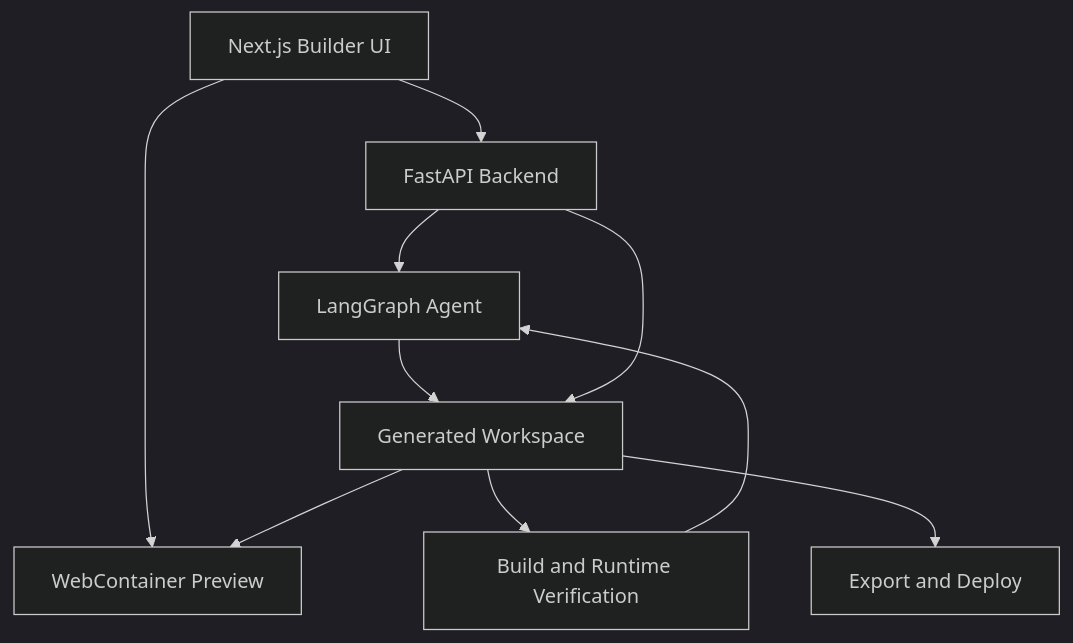
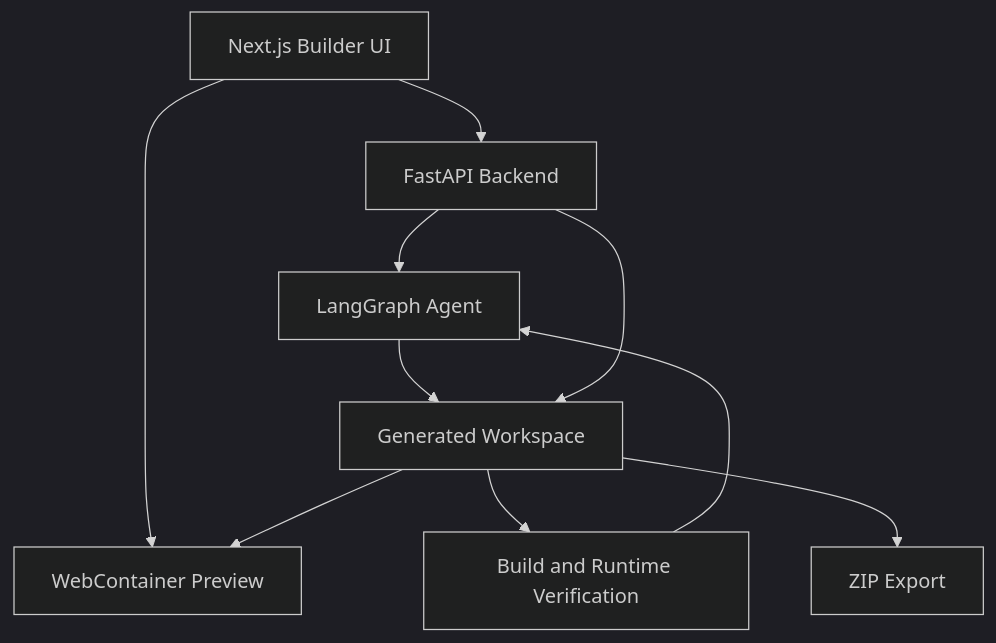
One commit to peter890176/website-builder-agent changed the first of 5 diagrams in docs/architecture.md. Above: the diagram before and after it, drawn with Mermaid (dark theme). The commit also changed other lines of this file and 9 other files, not shown here.

````diff
--- a/docs/architecture.md
+++ b/docs/architecture.md
@@ -7,20 +7,20 @@
 ```mermaid
 flowchart TB
     UI["Next.js Builder UI"]
     API["FastAPI Backend"]
     Agent["LangGraph Agent"]
     Workspace["Generated Workspace"]
     WebContainer["WebContainer Preview"]
     Build["Build and Runtime Verification"]
-    Export["Export and Deploy"]
+    Export["ZIP Export"]
 
     UI --> API
     UI --> WebContainer
     API --> Agent
     Agent --> Workspace
     API --> Workspace
     Workspace --> WebContainer
     Workspace --> Build
     Build --> Agent
     Workspace --> Export
 ```
````
